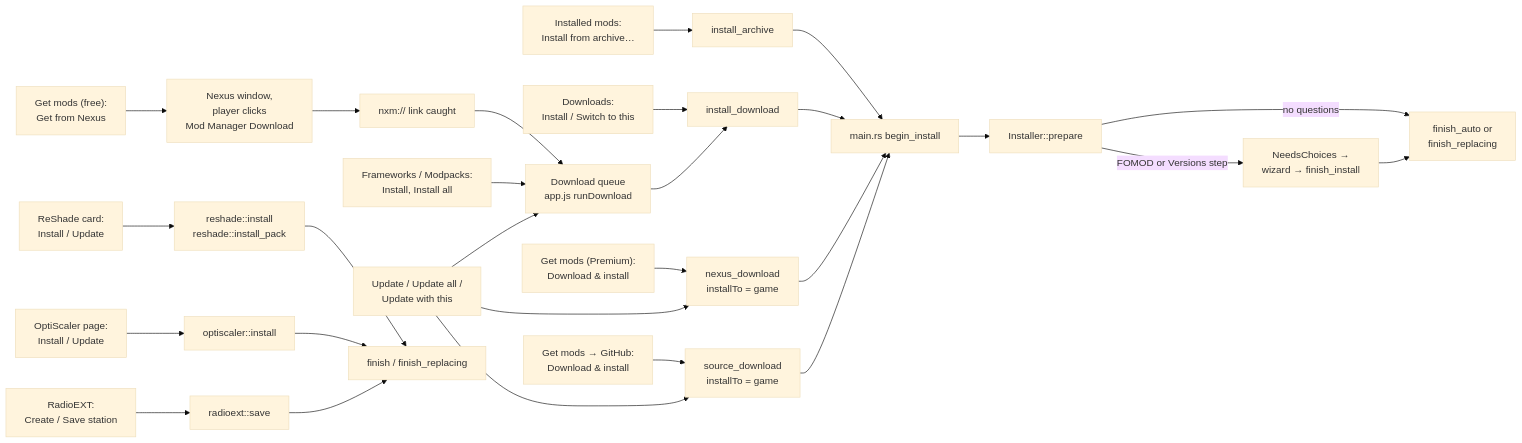
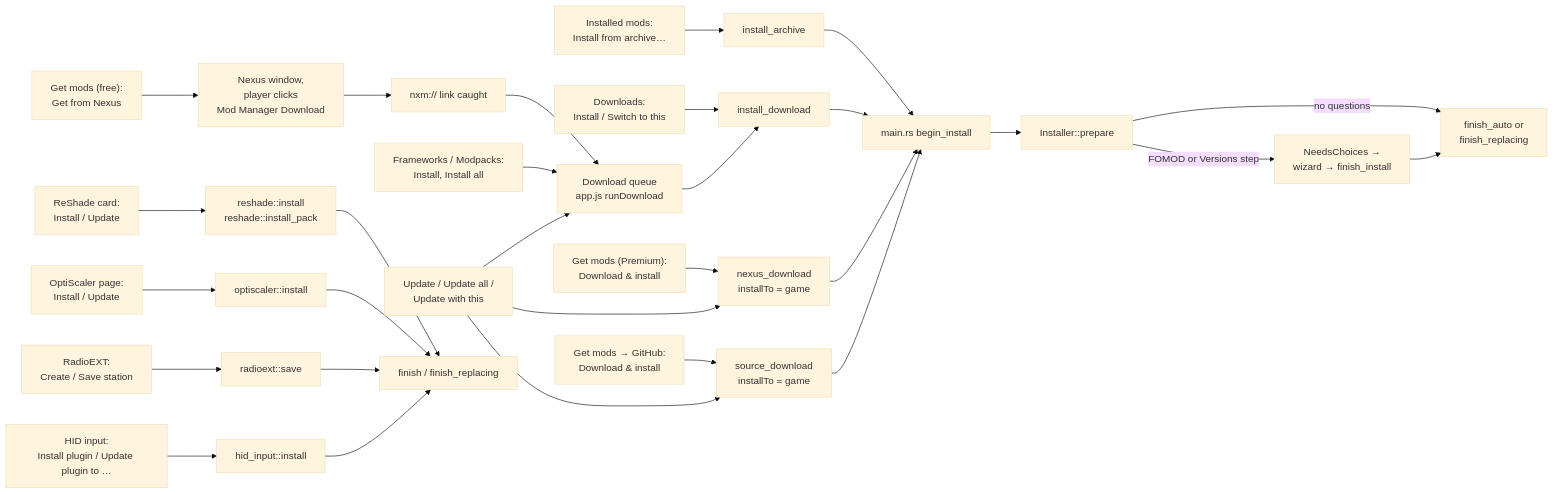
One commit to Higher-dimentionalSemanticsFanatic/LinuxCPMX2077 changed the diagram in docs/architecture/Entry points.md. Above: the diagram before and after it, drawn with Mermaid (base theme). The commit also changed other lines of this file and 27 other files, not shown here.

````diff
--- a/docs/architecture/Entry points.md
+++ b/docs/architecture/Entry points.md
@@ -12,18 +12,19 @@
 ```mermaid
 flowchart LR
   file["Installed mods:<br/>Install from archive…"] --> ia[install_archive]
   dl["Downloads:<br/>Install / Switch to this"] --> idl[install_download]
   prem["Get mods (Premium):<br/>Download & install"] --> nd[nexus_download<br/>installTo = game]
   free["Get mods (free):<br/>Get from Nexus"] --> win[Nexus window,<br/>player clicks<br/>Mod Manager Download] --> nxm[nxm:// link caught] --> q
   gh["Get mods → GitHub:<br/>Download & install"] --> sd[source_download<br/>installTo = game]
   fw["Frameworks / Modpacks:<br/>Install, Install all"] --> q[Download queue<br/>app.js runDownload] --> idl
   upd["Update / Update all /<br/>Update with this"] --> nd & sd & q
   ia & idl & nd & sd --> bi[main.rs begin_install]
   bi --> prep[Installer::prepare]
   prep -- FOMOD or Versions step --> pend[NeedsChoices →<br/>wizard → finish_install]
   prep -- no questions --> auto[finish_auto or<br/>finish_replacing]
   pend --> auto
   rsh["ReShade card:<br/>Install / Update"] --> rsi[reshade::install<br/>reshade::install_pack] --> fin[finish / finish_replacing]
   opt["OptiScaler page:<br/>Install / Update"] --> opi[optiscaler::install] --> fin
   rad["RadioEXT:<br/>Create / Save station"] --> rds[radioext::save] --> fin
+  hid["HID input:<br/>Install plugin / Update plugin to …"] --> hdi[hid_input::install] --> fin
 ```
````
